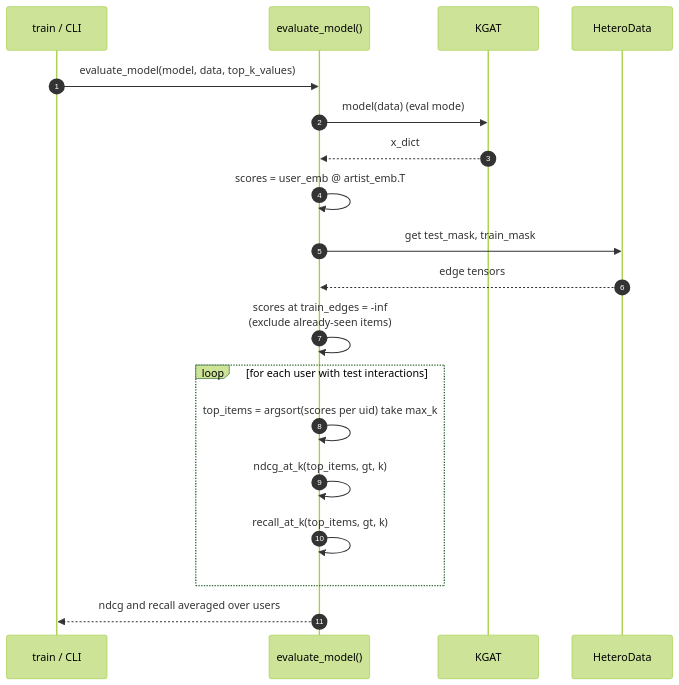
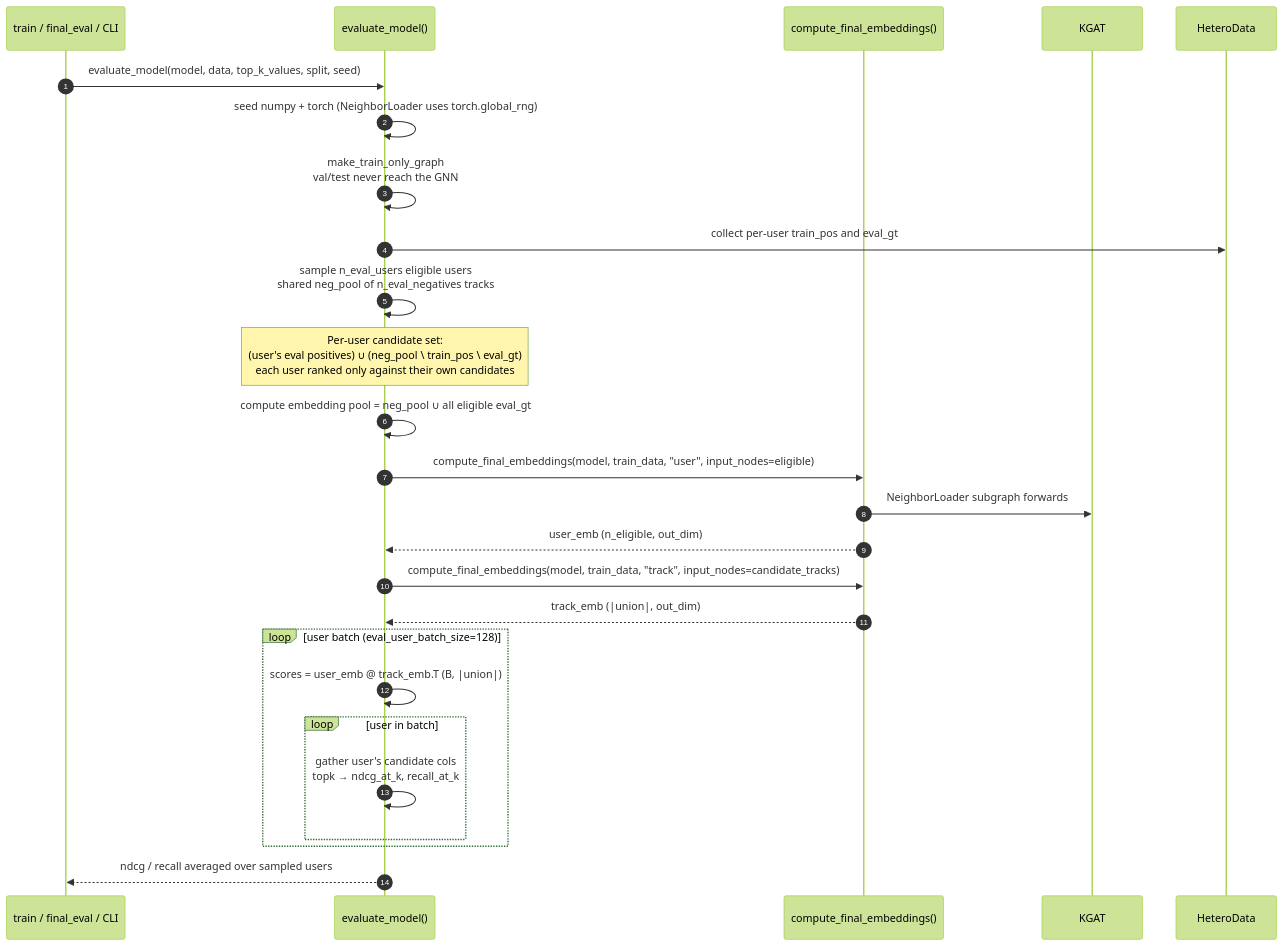
The sixth of 10 diagrams in docs/architecture.md (ogligorov/kgat-music-recommender), drawn with Mermaid (forest theme) before and after one commit. The commit also changed other lines of this file and 10 other files, not shown here.

````diff
--- a/docs/architecture.md
+++ b/docs/architecture.md
@@ -279,25 +303,33 @@
 ```mermaid
 sequenceDiagram
     autonumber
-    participant Caller as train / CLI
+    participant Caller as train / final_eval / CLI
     participant E as evaluate_model()
+    participant CFE as compute_final_embeddings()
     participant M as KGAT
     participant D as HeteroData
 
-    Caller->>E: evaluate_model(model, data, top_k_values)
-    E->>M: model(data) (eval mode)
-    M-->>E: x_dict
-    E->>E: scores = user_emb @ artist_emb.T
+    Caller->>E: evaluate_model(model, data, top_k_values, split, seed)
+    E->>E: seed numpy + torch (NeighborLoader uses torch.global_rng)
+    E->>E: make_train_only_graph<br/>val/test never reach the GNN
+    E->>D: collect per-user train_pos and eval_gt
+    E->>E: sample n_eval_users eligible users<br/>shared neg_pool of n_eval_negatives tracks
 
-    E->>D: get test_mask, train_mask
-    D-->>E: edge tensors
-    E->>E: scores at train_edges = -inf<br/>(exclude already-seen items)
+    Note over E: Per-user candidate set:<br/>(user's eval positives) ∪ (neg_pool \ train_pos \ eval_gt)<br/>each user ranked only against their own candidates
 
-    loop for each user with test interactions
-        E->>E: top_items = argsort(scores per uid) take max_k
-        E->>E: ndcg_at_k(top_items, gt, k)
-        E->>E: recall_at_k(top_items, gt, k)
+    E->>E: compute embedding pool = neg_pool ∪ all eligible eval_gt
+    E->>CFE: compute_final_embeddings(model, train_data, "user", input_nodes=eligible)
+    CFE->>M: NeighborLoader subgraph forwards
+    CFE-->>E: user_emb (n_eligible, out_dim)
+    E->>CFE: compute_final_embeddings(model, train_data, "track", input_nodes=candidate_tracks)
+    CFE-->>E: track_emb (|union|, out_dim)
+
+    loop user batch (eval_user_batch_size=128)
+        E->>E: scores = user_emb @ track_emb.T (B, |union|)
+        loop user in batch
+            E->>E: gather user's candidate cols<br/>topk → ndcg_at_k, recall_at_k
+        end
     end
 
-    E-->>Caller: ndcg and recall averaged over users
+    E-->>Caller: ndcg / recall averaged over sampled users
 ```
````
